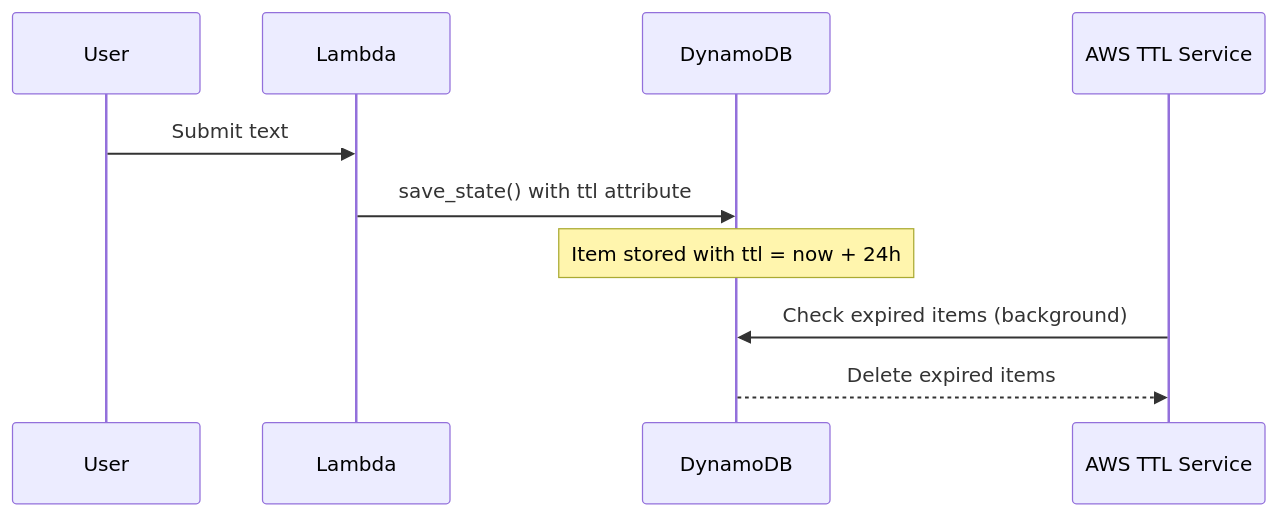
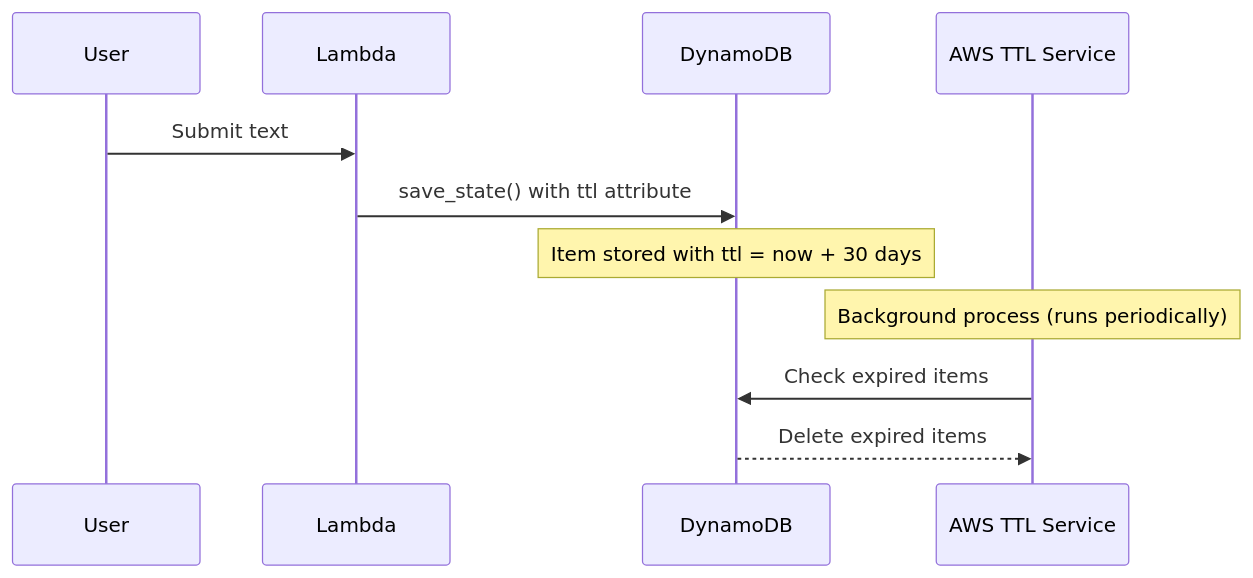
One commit to martymcenroe/Aletheia changed the diagram in docs/1145-dynamodb-ttl.md. Above: the diagram before and after it, drawn with Mermaid. The commit also changed other lines of this file and 2 other files, not shown here.

First line of the commit message:
docs: update LLDs per Gemini review - TTL 30 days, GDPR blocked

````diff
--- a/docs/1145-dynamodb-ttl.md
+++ b/docs/1145-dynamodb-ttl.md
@@ -66,13 +76,14 @@
 ```mermaid
 sequenceDiagram
     participant User
     participant Lambda
     participant DynamoDB
     participant AWS TTL Service
 
     User->>Lambda: Submit text
     Lambda->>DynamoDB: save_state() with ttl attribute
-    Note over DynamoDB: Item stored with ttl = now + 24h
-    AWS TTL Service->>DynamoDB: Check expired items (background)
+    Note over DynamoDB: Item stored with ttl = now + 30 days
+    Note over AWS TTL Service: Background process (runs periodically)
+    AWS TTL Service->>DynamoDB: Check expired items
     DynamoDB-->>AWS TTL Service: Delete expired items
 ```
````
